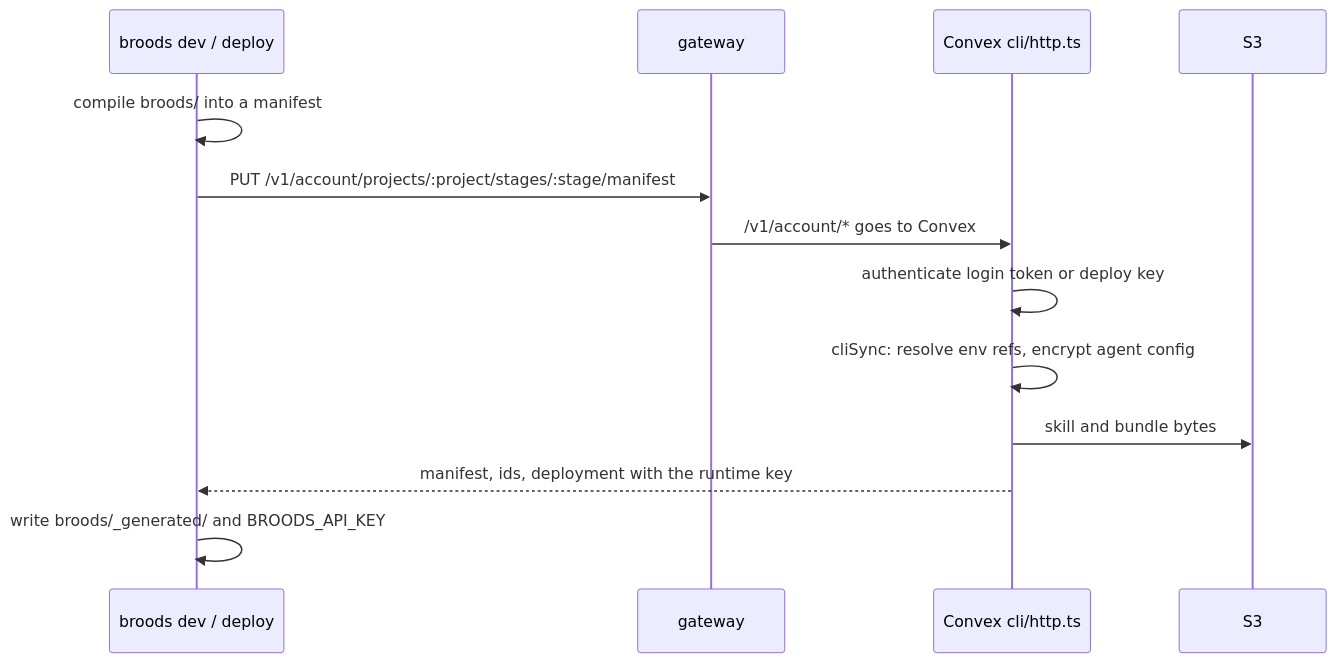
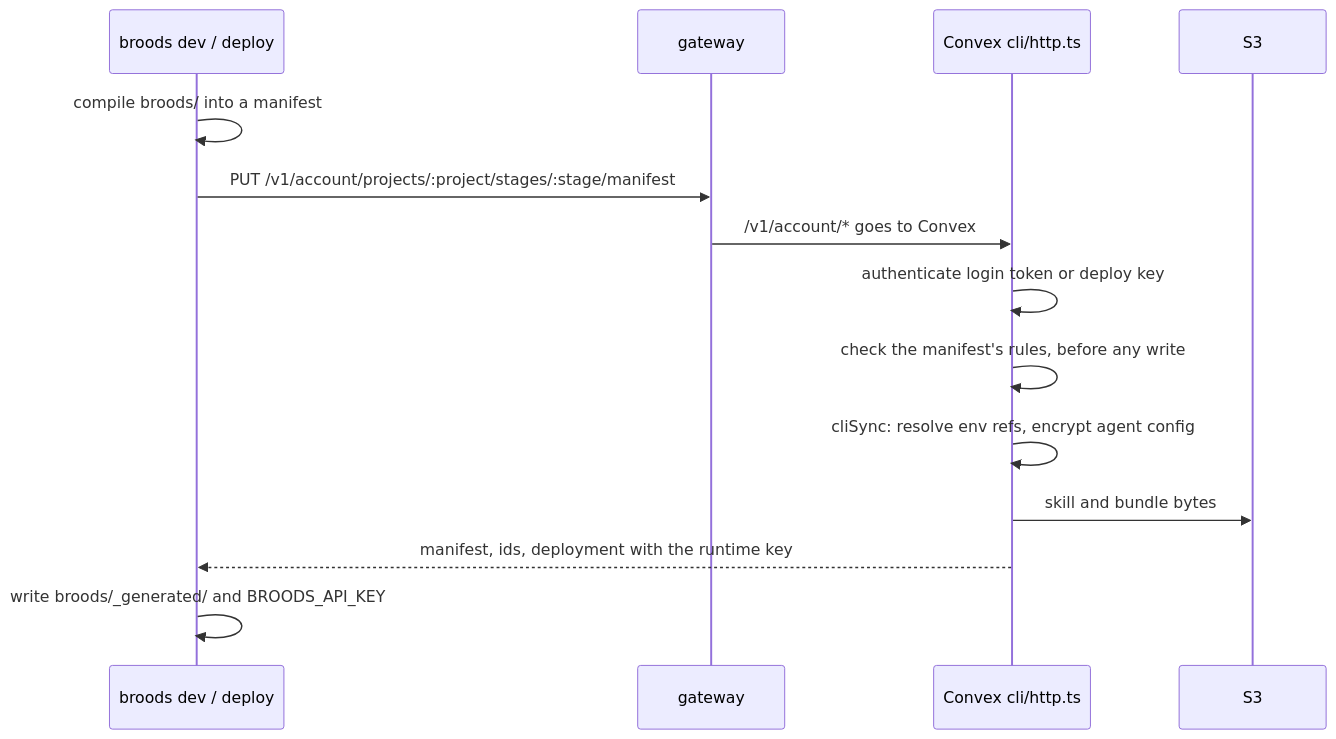
Before and after one commit to beeblastco/broods: the fifth of 6 diagrams in apps/docs/docs/internals/architecture.md, drawn with Mermaid. The commit also changed other lines of this file and 8 other files, not shown here.

First line of the commit message:
fix(cli-sync): check the whole manifest before uploading any of it (#708)

````diff
--- a/apps/docs/docs/internals/architecture.md
+++ b/apps/docs/docs/internals/architecture.md
@@ -217,15 +217,16 @@
 ```mermaid
 sequenceDiagram
   participant CLI as broods dev / deploy
   participant G as gateway
   participant V as Convex cli/http.ts
   participant S as S3
   CLI->>CLI: compile broods/ into a manifest
   CLI->>G: PUT /v1/account/projects/:project/stages/:stage/manifest
   G->>V: /v1/account/* goes to Convex
   V->>V: authenticate login token or deploy key
+  V->>V: check the manifest's rules, before any write
   V->>V: cliSync: resolve env refs, encrypt agent config
   V->>S: skill and bundle bytes
   V-->>CLI: manifest, ids, deployment with the runtime key
   CLI->>CLI: write broods/_generated/ and BROODS_API_KEY
 ```
````
